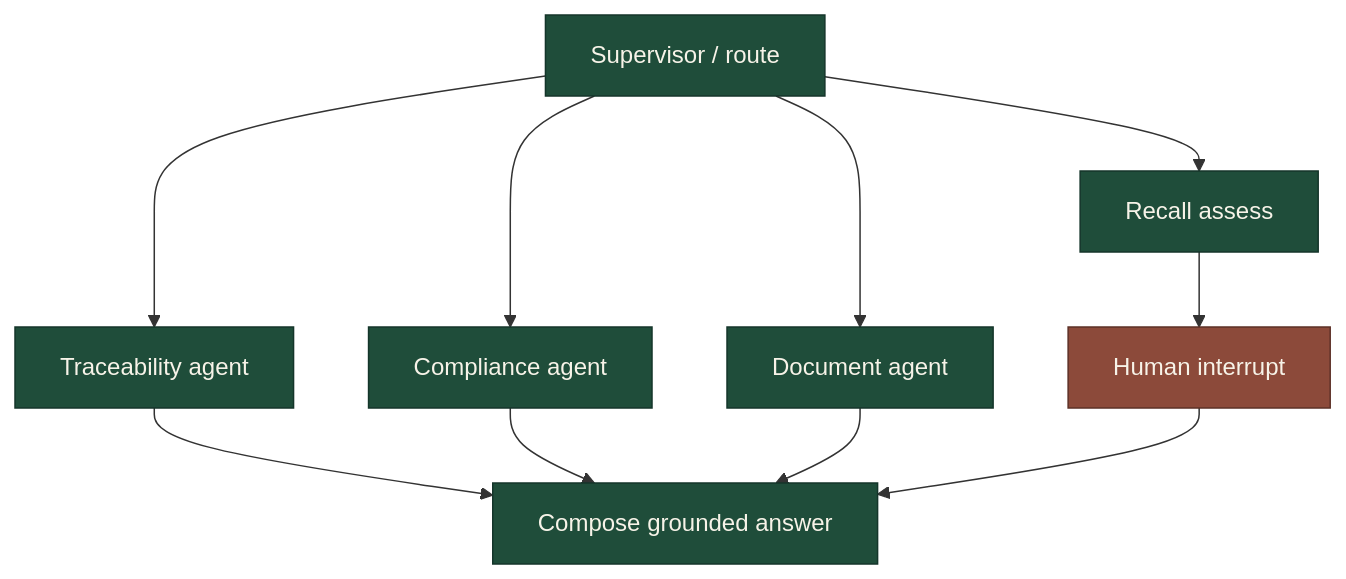
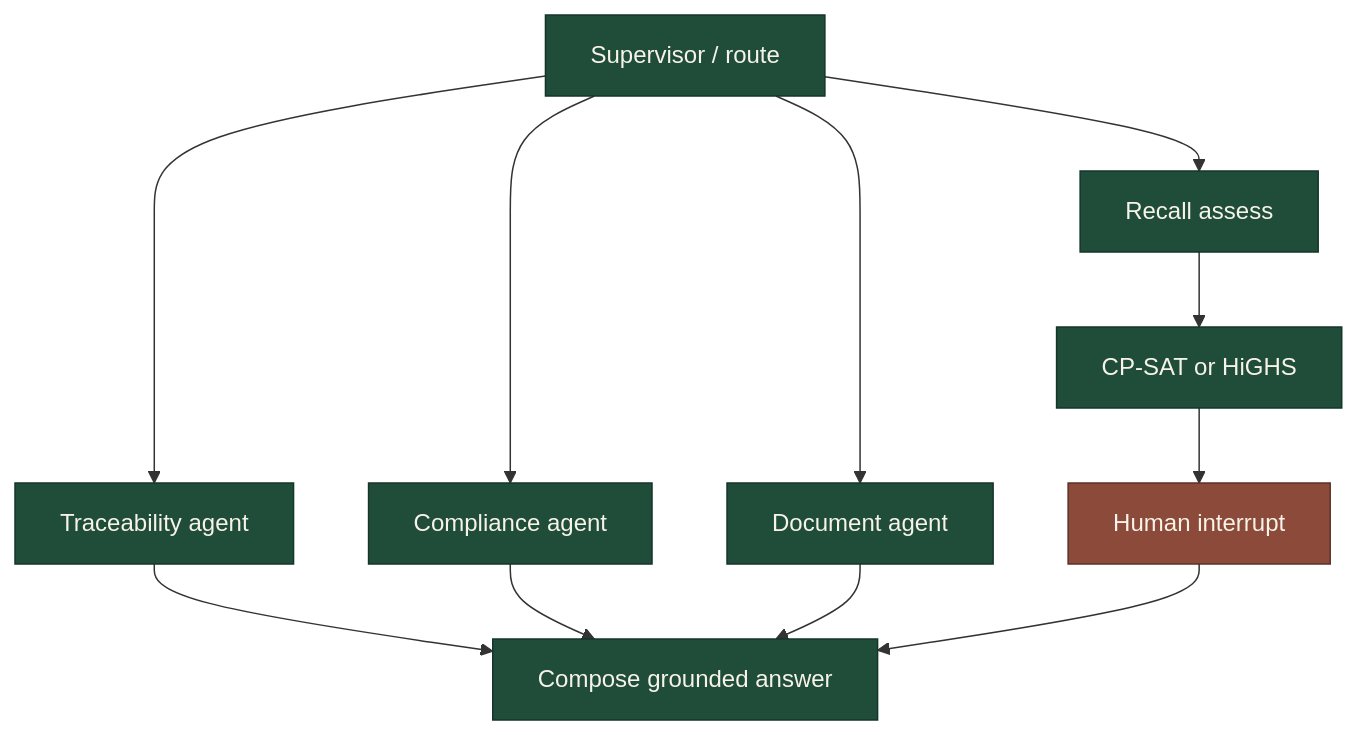
Before and after one commit to MourabitElBachir/traceability-graph-agents: the eighth of 8 diagrams in README.md, drawn with Mermaid. The commit also changed other lines of this file and 26 other files, not shown here.

First line of the commit message:
Add a free-solver recall containment plan on top of the graph. (#3)

````diff
--- a/README.md
+++ b/README.md
@@ -743,18 +773,19 @@
 ```mermaid
 flowchart TD
   route["Supervisor / route"]
   trace["Traceability agent"]
   compliance["Compliance agent"]
   documents["Document agent"]
   recall["Recall assess"]
+  optimize["CP-SAT or HiGHS"]
   approval["Human interrupt"]
   compose["Compose grounded answer"]
   route --> trace --> compose
   route --> compliance --> compose
   route --> documents --> compose
-  route --> recall --> approval --> compose
+  route --> recall --> optimize --> approval --> compose
   classDef agentNode fill:#1F4D3A,stroke:#14352A,color:#F7F3E8;
   classDef humanStop fill:#8C4A3A,stroke:#5C3026,color:#F7F3E8;
-  class route,trace,compliance,documents,recall,compose agentNode;
+  class route,trace,compliance,documents,recall,optimize,compose agentNode;
   class approval humanStop;
 ```
````
